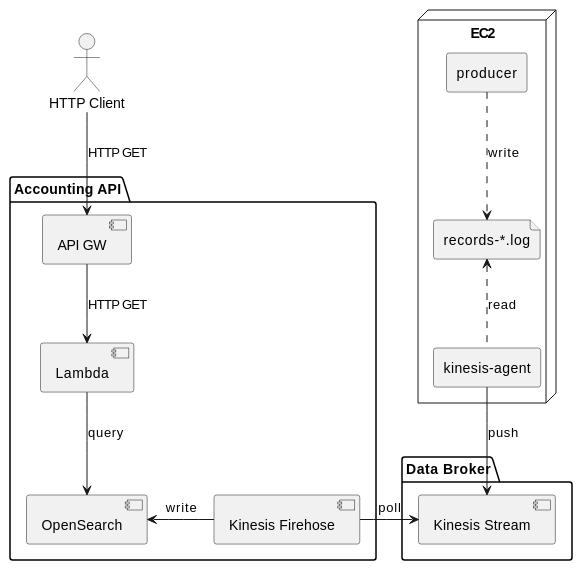
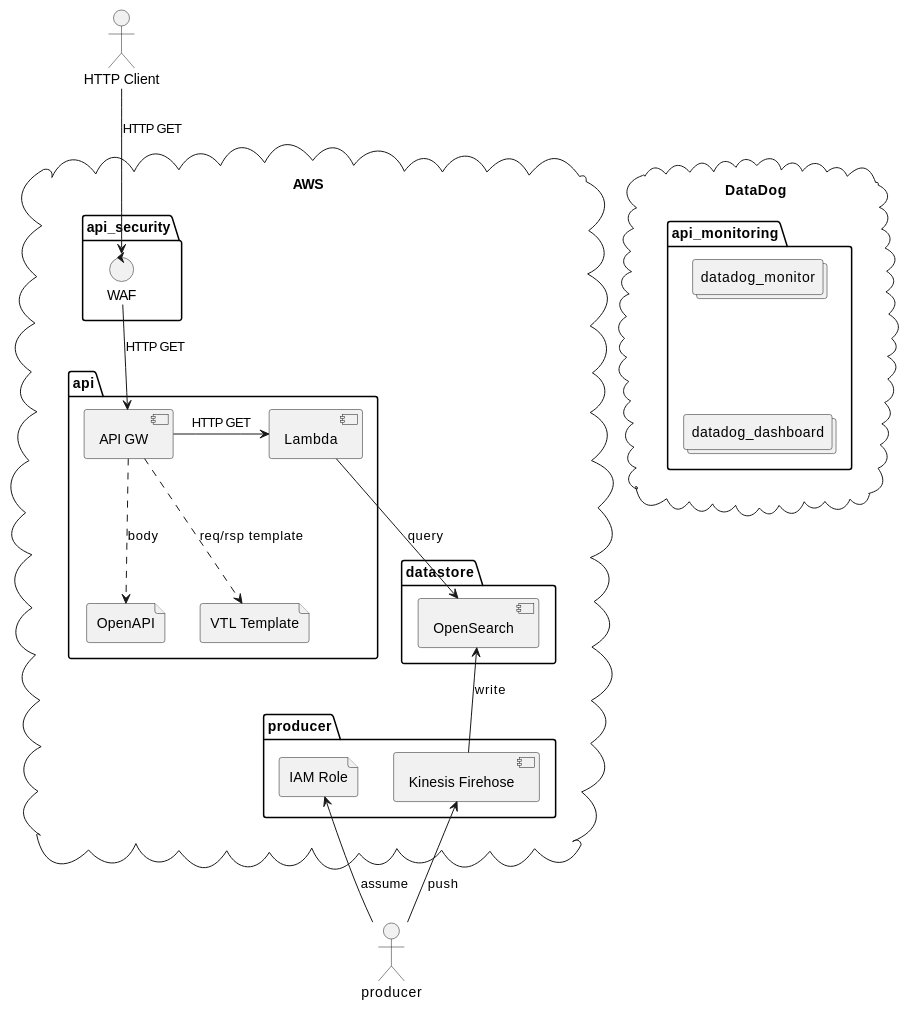
One commit to hrosa/tf-examples changed the diagram in accounting-service/README.md. Above: the diagram before and after it, drawn with PlantUML.

Commit message:
docs: Updated design diagram

````diff
--- a/accounting-service/README.md
+++ b/accounting-service/README.md
@@ -7,34 +7,57 @@
 ```plantuml
 @startuml
 
-node "EC2" as ec2 {
- agent "producer" as producer
- agent "kinesis-agent" as kagent
- file "records-*.log" as records
- 
- producer ..> records : write
- records <.. kagent : read
+
+
+cloud "AWS" as cloud_aws {
+    package "producer" as pkg_prod {
+     component "Kinesis Firehose" as firehose_api
+     file "IAM Role" as producer_iam
+    }
+    
+    package "datastore" as pkg_db {
+     component "OpenSearch" as db
+    }
+    
+    package "api" as pkg_api {
+     component "API GW" as api
+     component "Lambda" as lambda_query 
+     file "OpenAPI" as openapi
+     file "VTL Template" as vtl
+     
+     api -> lambda_query : HTTP GET
+     api ..> openapi : body
+     api ..> vtl : req/rsp template
+    }
+    
+    package "api_security" as pkg_api_sec {
+     control "WAF"as api_waf
+    }
 }
 
-package "Data Broker" {
- component "Kinesis Stream" as broker
+cloud "DataDog" as cloud_dd {
+    package "api_monitoring" as pkg_api_mon {
+     collections "datadog_monitor" as dd_monitor
+     collections "datadog_dashboard" as dd_dash
+     dd_monitor -[hidden]- dd_dash
+    }
 }
 
+cloud_dd -[hidden]left- cloud_aws
+
+api -[hidden]left- api_waf
+
+
+actor producer
+producer -up-> firehose_api : push
+producer -up-> producer_iam : assume
+
+firehose_api -up-> db : write
+
+lambda_query --> db : query
+
 actor "HTTP Client" as client_http
-package "Accounting API" {
- component "API GW" as api
- component "Lambda" as lambda_query
- component "OpenSearch" as db
- component "Kinesis Firehose" as firehose_api
- 
- api --> lambda_query : HTTP GET
- lambda_query --> db : query
- firehose_api -left-> db : write
-}
-
-kagent --> broker : push
-firehose_api -> broker : poll
-
-client_http --> api : HTTP GET
+client_http --> api_waf  : HTTP GET
+api_waf --> api  : HTTP GET
 @enduml
 ```
````
